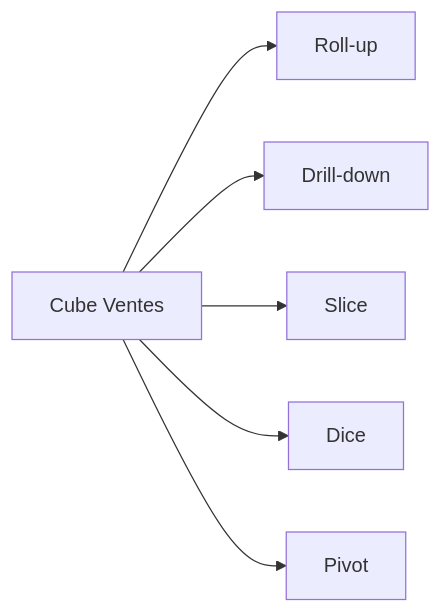
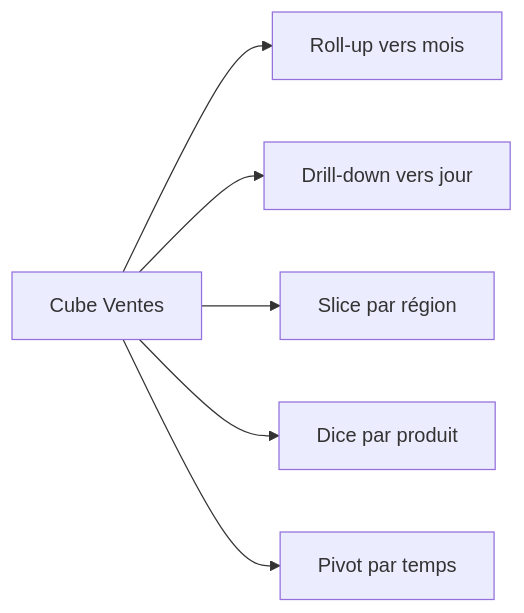
Before and after one commit to msellamiTN/data-multimodeling: the diagram in td/td2-olap-operations/enonces/readme.md, drawn with Mermaid. The commit also changed 3 other files, not shown here.

````diff
--- a/td/td2-olap-operations/enonces/readme.md
+++ b/td/td2-olap-operations/enonces/readme.md
@@ -61,8 +61,8 @@
 ```mermaid
 flowchart LR
-  A[Cube Ventes] --> B[Roll-up]
-  A --> C[Drill-down]
-  A --> D[Slice]
-  A --> E[Dice]
-  A --> F[Pivot]
+  A[Cube Ventes] --> B[Roll-up vers mois]
+  A --> C[Drill-down vers jour]
+  A --> D[Slice par région]
+  A --> E[Dice par produit]
+  A --> F[Pivot par temps]
 ```
````
